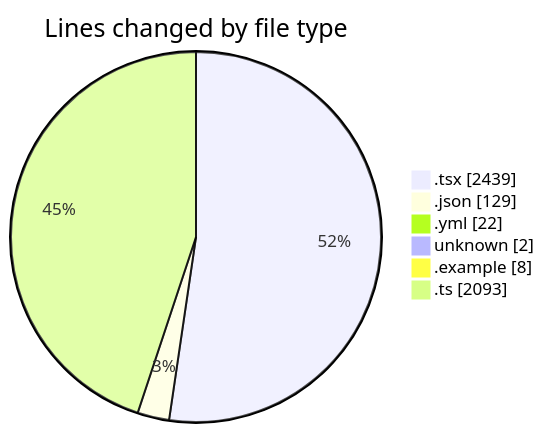
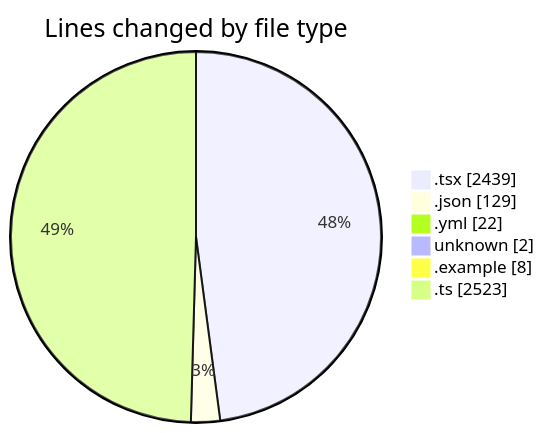
One commit to julien-gomy/code-tracking changed the first of 2 diagrams in 2025-11-21/eventscop-frontend-guide__workspace_/README.md. Above: the diagram before and after it, drawn with Mermaid. The commit also changed other lines of this file and 1 other file, not shown here.

````diff
--- a/2025-11-21/eventscop-frontend-guide__workspace_/README.md
+++ b/2025-11-21/eventscop-frontend-guide__workspace_/README.md
@@ -55,10 +56,10 @@
 ```mermaid
 pie showData
 title Lines changed by file type
 ".tsx" : 2439
 ".json" : 129
 ".yml" : 22
 "unknown" : 2
 ".example" : 8
-".ts" : 2093
+".ts" : 2523
 ```
````
